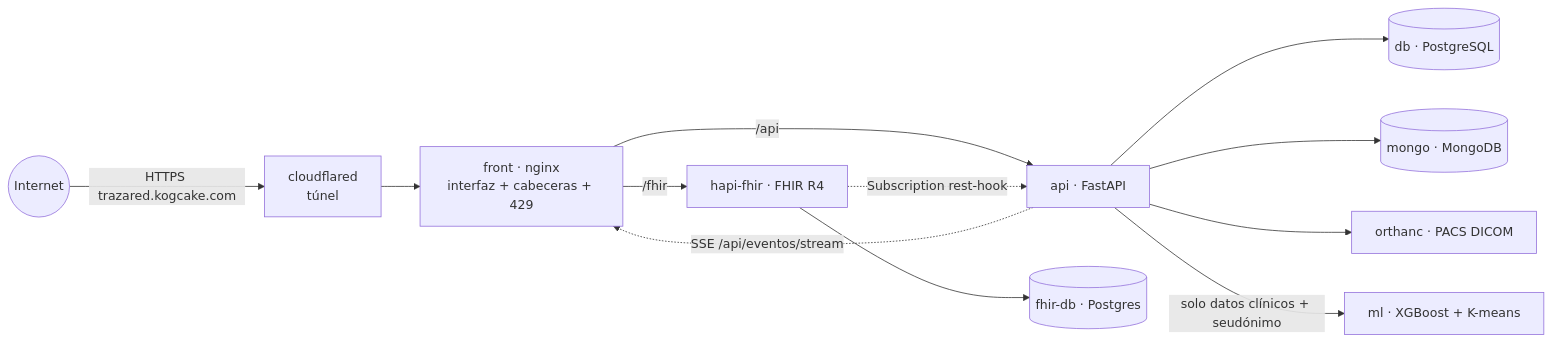
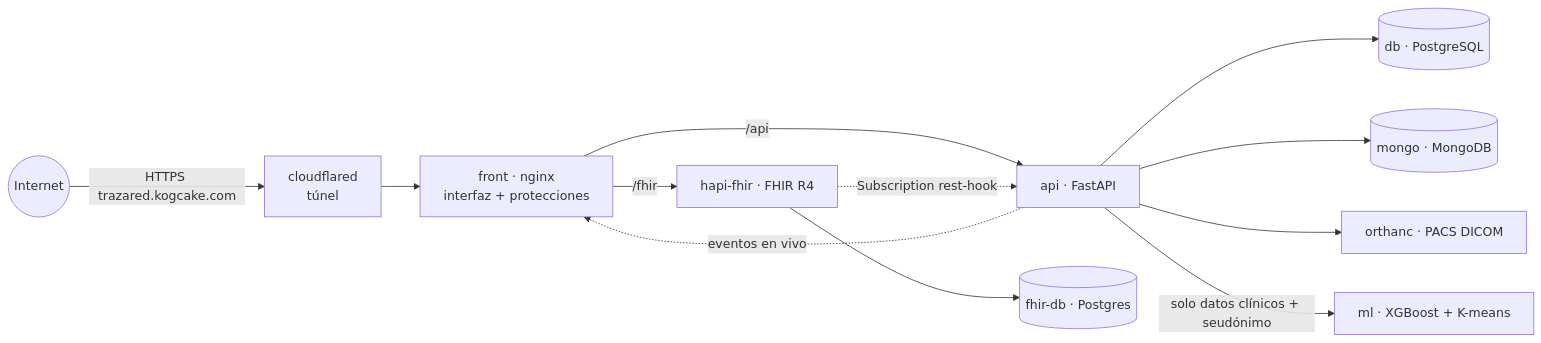
Before and after one commit to Laura25a/TrazaRedHUV: the first of 2 diagrams in README.md, drawn with Mermaid. The commit also changed other lines of this file, not shown here.

````diff
--- a/README.md
+++ b/README.md
@@ -135,14 +62,14 @@
 ```mermaid
 flowchart LR
     internet((Internet)) -->|HTTPS trazared.kogcake.com| cf[cloudflared<br/>túnel]
-    cf --> front[front · nginx<br/>interfaz + cabeceras + 429]
+    cf --> front[front · nginx<br/>interfaz + protecciones]
     front -->|/api| api[api · FastAPI]
     front -->|/fhir| hapi[hapi-fhir · FHIR R4]
     hapi --> fhirdb[(fhir-db · Postgres)]
     api --> db[(db · PostgreSQL)]
     api --> mongo[(mongo · MongoDB)]
     api --> orthanc[orthanc · PACS DICOM]
     api -->|solo datos clínicos + seudónimo| ml[ml · XGBoost + K-means]
     hapi -.->|Subscription rest-hook| api
-    api -.->|SSE /api/eventos/stream| front
+    api -.->|eventos en vivo| front
 ```
````
